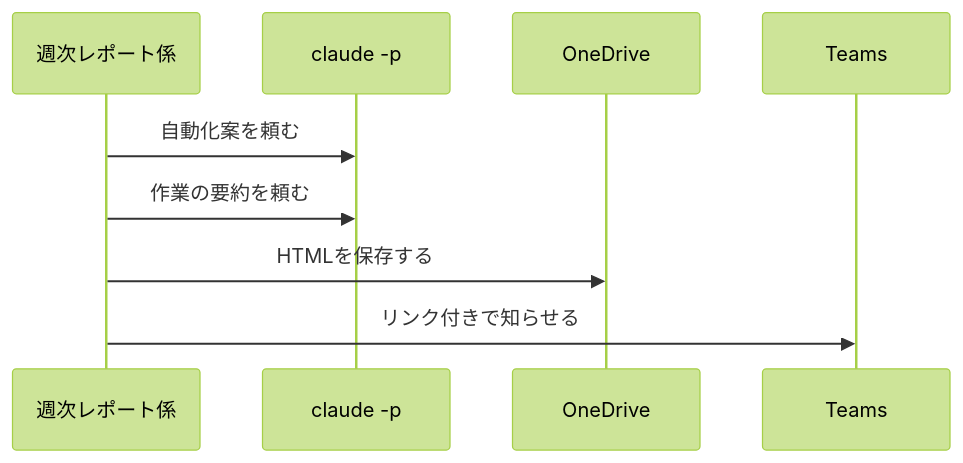
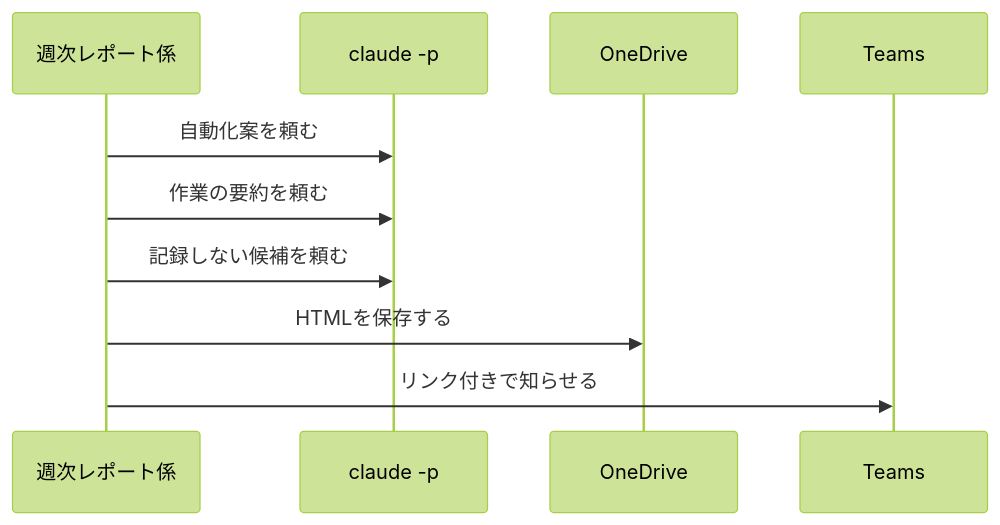
The second of 10 diagrams in apps/routine-work-finder/specs/weekly-automation-report/design.md (dnode-ryosuke-yamazaki/study), drawn with Mermaid (forest theme) before and after one commit. The commit also changed other lines of this file and 9 other files, not shown here.

````diff
--- a/apps/routine-work-finder/specs/weekly-automation-report/design.md
+++ b/apps/routine-work-finder/specs/weekly-automation-report/design.md
@@ -101,11 +112,12 @@
 ```mermaid
 sequenceDiagram
     participant W as 週次レポート係
     participant C as claude -p
     participant O as OneDrive
     participant T as Teams
     W->>C: 自動化案を頼む
     W->>C: 作業の要約を頼む
+    W->>C: 記録しない候補を頼む
     W->>O: HTMLを保存する
     W->>T: リンク付きで知らせる
 ```
````
